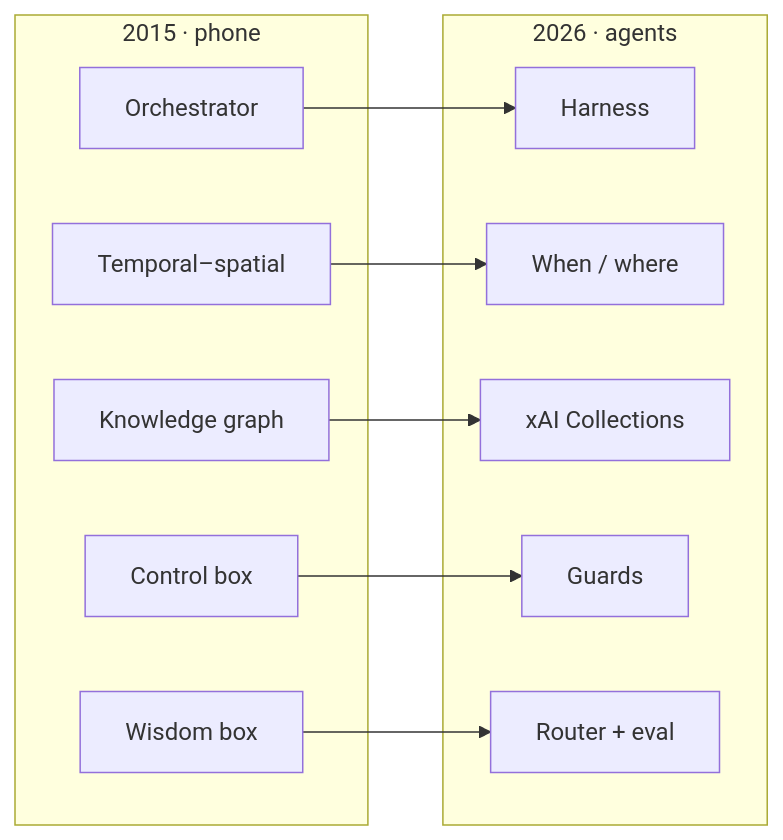
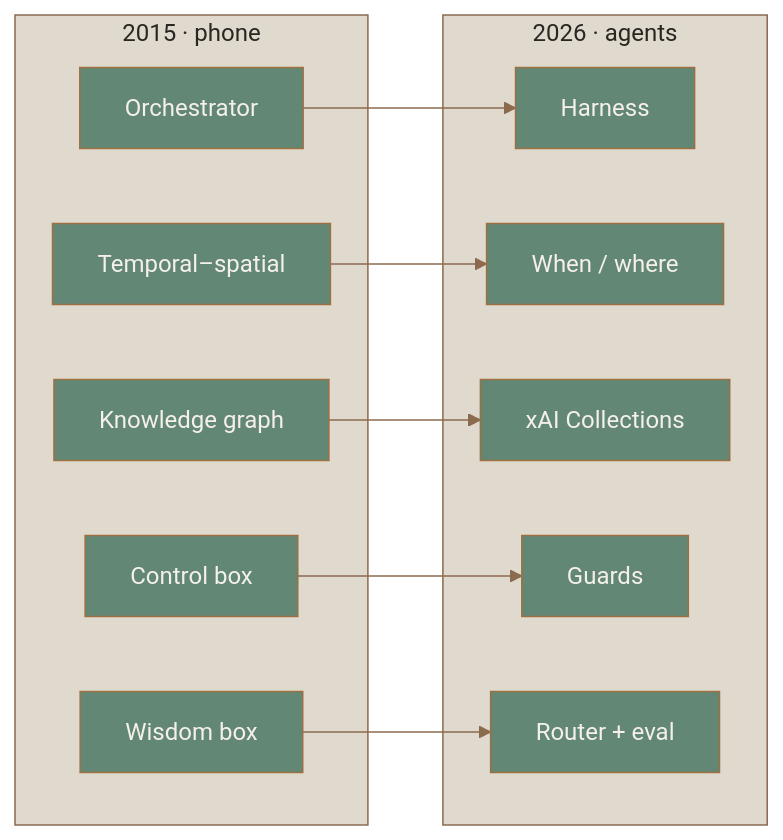
One commit to p10ns11y/p10ns11y changed the diagram in README.md. Above: the diagram before and after it, drawn with Mermaid. The commit also changed other lines of this file and 1 other file, not shown here.

Commit message:
docs: apply eye-comfort palette to shields and Mermaid
Retune hero badges to umber-family locks from arch-machine eye-comfort;
theme the architecture diagram with blended sage for light and dark GitHub.

````diff
--- a/README.md
+++ b/README.md
@@ -117,22 +117,43 @@
 ```mermaid
+%%{init: {
+  'theme': 'base',
+  'themeVariables': {
+    'primaryColor': '#628875',
+    'primaryTextColor': '#F5F0E8',
+    'primaryBorderColor': '#9A7040',
+    'secondaryColor': '#E0D9CE',
+    'secondaryTextColor': '#2A2622',
+    'secondaryBorderColor': '#8B6B4E',
+    'tertiaryColor': '#F5F0E8',
+    'tertiaryTextColor': '#2A2622',
+    'lineColor': '#8B6B4E',
+    'textColor': '#2A2622',
+    'mainBkg': '#628875',
+    'nodeBorder': '#9A7040',
+    'clusterBkg': '#E0D9CE',
+    'clusterBorder': '#8B6B4E',
+    'titleColor': '#2A2622',
+    'edgeLabelBackground': '#F5F0E8'
+  }
+}}%%
 flowchart LR
   subgraph y2015["2015 · phone"]
     O1["Orchestrator"]
     T1["Temporal–spatial"]
     K1["Knowledge graph"]
     C1["Control box"]
     W1["Wisdom box"]
   end
   subgraph y2026["2026 · agents"]
     O2["Harness"]
     T2["When / where"]
     K2["xAI Collections"]
     C2["Guards"]
     W2["Router + eval"]
   end
   O1 --> O2
   T1 --> T2
   K1 --> K2
   C1 --> C2
   W1 --> W2
 ```
````
